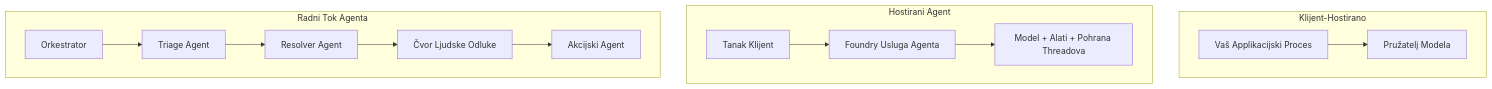
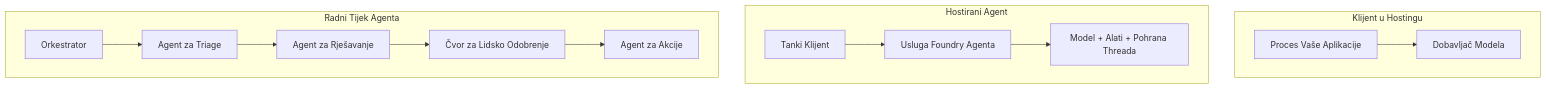
Before and after one commit to gabrielmoreira/agent-skills-mirror: the first of 4 diagrams in mirrors/repos/microsoft@ai-agents-for-beginners/translations/hr/16-deploying-scalable-agents/README.md, drawn with Mermaid. The commit also changed other lines of this file and 4262 other files, not shown here.

````diff
--- a/mirrors/repos/microsoft@ai-agents-for-beginners/translations/hr/16-deploying-scalable-agents/README.md
+++ b/mirrors/repos/microsoft@ai-agents-for-beginners/translations/hr/16-deploying-scalable-agents/README.md
@@ -87,16 +87,16 @@
 ```mermaid
 flowchart TB
-    subgraph P1[Klijent-Hostirano]
-        A1[Vaš Applikacijski Proces] --> M1[Pružatelj Modela]
+    subgraph P1[Klijent u Hostingu]
+        A1[Proces Vaše Aplikacije] --> M1[Dobavljač Modela]
     end
     subgraph P2[Hostirani Agent]
-        A2[Tanak Klijent] --> F2[Foundry Usluga Agenta]
-        F2 --> M2[Model + Alati + Pohrana Threadova]
+        A2[Tanki Klijent] --> F2[Usluga Foundry Agenta]
+        F2 --> M2[Model + Alati + Pohrana Threada]
     end
-    subgraph P3[Radni Tok Agenta]
-        A3[Orkestrator] --> S1[Triage Agent]
-        S1 --> S2[Resolver Agent]
-        S2 --> H[Čvor Ljudske Odluke]
-        H --> S3[Akcijski Agent]
+    subgraph P3[Radni Tijek Agenta]
+        A3[Orkestrator] --> S1[Agent za Triage]
+        S1 --> S2[Agent za Rješavanje]
+        S2 --> H[Čvor za Lidsko Odobrenje]
+        H --> S3[Agent za Akcije]
     end
 ```
````
